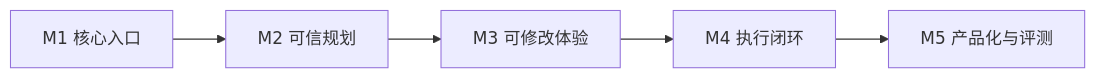
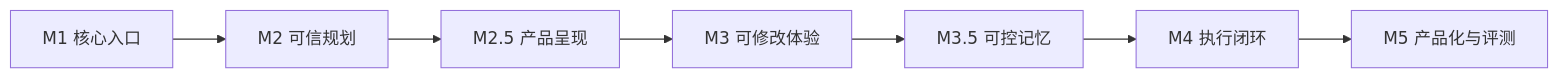
The diagram in docs/canonical/v2_roadmap.md (Weekend-Agent-Studio/happyFreeTime), drawn with Mermaid before and after one commit. The commit also changed other lines of this file and 6 other files, not shown here.

Commit message:
docs: align product strategy and roadmap

````diff
--- a/docs/canonical/v2_roadmap.md
+++ b/docs/canonical/v2_roadmap.md
@@ -17,8 +19,10 @@
 ```mermaid
 graph LR
 
     m1[M1 核心入口] --> m2[M2 可信规划]
-    m2 --> m3[M3 可修改体验]
-    m3 --> m4[M4 执行闭环]
+    m2 --> m25[M2.5 产品呈现]
+    m25 --> m3[M3 可修改体验]
+    m3 --> m35[M3.5 可控记忆]
+    m35 --> m4[M4 执行闭环]
     m4 --> m5[M5 产品化与评测]
 ```
````
